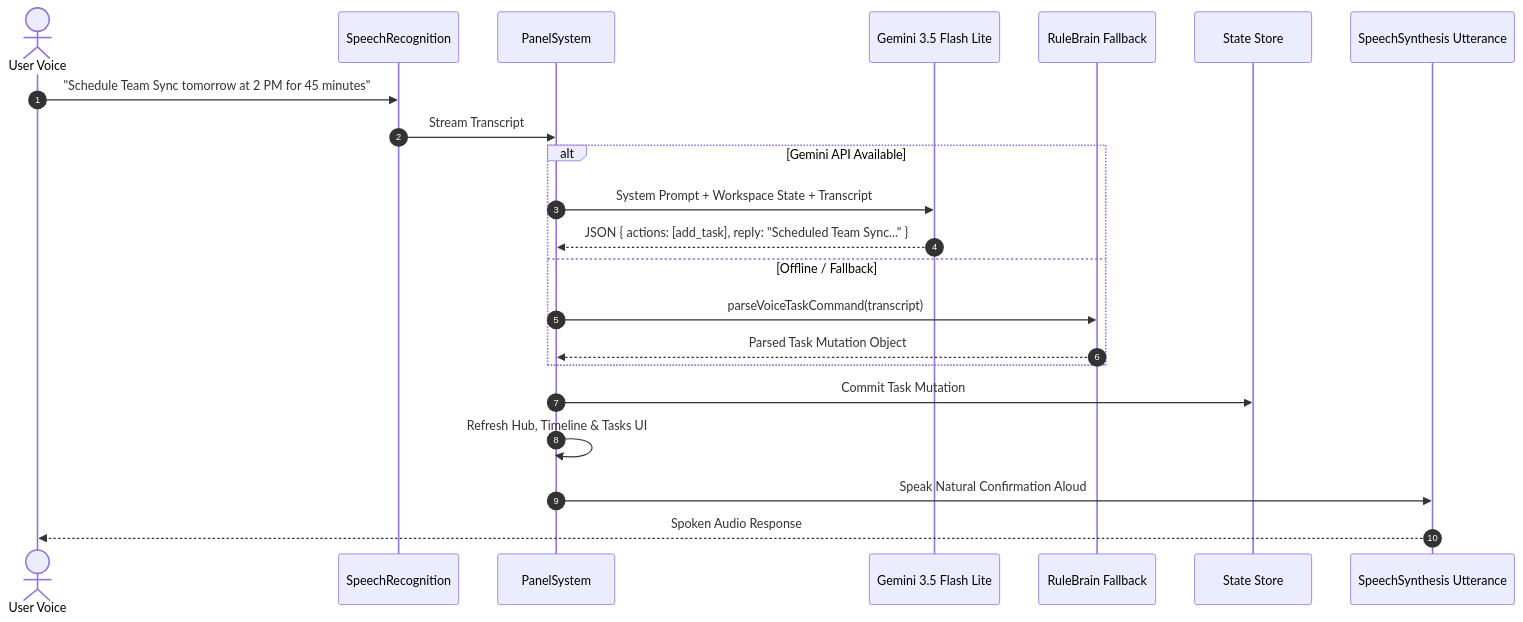
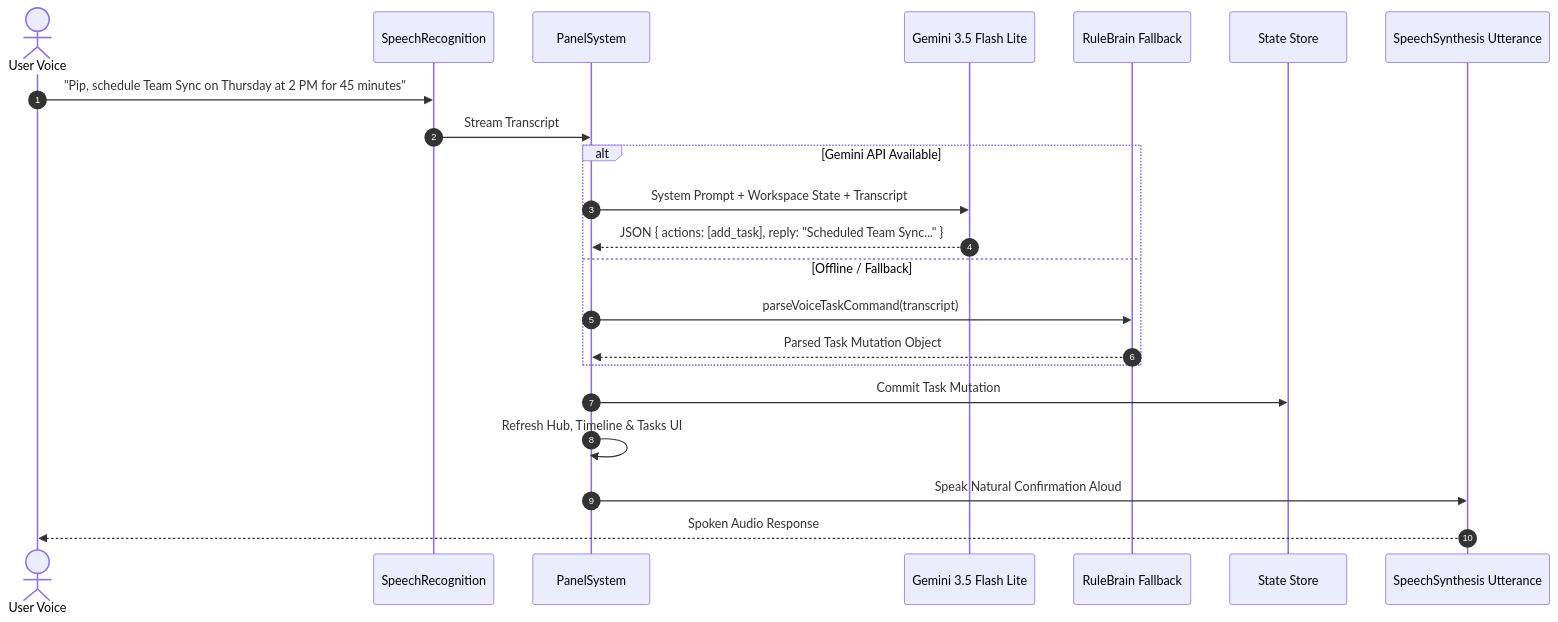
One commit to Madhavan20906/Deskmate changed the third of 3 diagrams in README.md. Above: the diagram before and after it, drawn with Mermaid. The commit also changed other lines of this file and 4 other files, not shown here.

Commit message:
feat: polish spatial ergonomics, hands-first default, timeline positioning, and Focus Studio controls

````diff
--- a/README.md
+++ b/README.md
@@ -177,25 +196,25 @@
 ```mermaid
 sequenceDiagram
     autonumber
     actor User as User Voice
     participant Mic as SpeechRecognition
     participant Panel as PanelSystem
     participant Cloud as Gemini 3.5 Flash Lite
     participant Brain as RuleBrain Fallback
     participant Store as State Store
     participant TTS as SpeechSynthesis Utterance
 
-    User->>Mic: "Schedule Team Sync tomorrow at 2 PM for 45 minutes"
+    User->>Mic: "Pip, schedule Team Sync on Thursday at 2 PM for 45 minutes"
     Mic->>Panel: Stream Transcript
     alt Gemini API Available
         Panel->>Cloud: System Prompt + Workspace State + Transcript
         Cloud-->>Panel: JSON { actions: [add_task], reply: "Scheduled Team Sync..." }
     else Offline / Fallback
         Panel->>Brain: parseVoiceTaskCommand(transcript)
         Brain-->>Panel: Parsed Task Mutation Object
     end
     Panel->>Store: Commit Task Mutation
     Panel->>Panel: Refresh Hub, Timeline & Tasks UI
     Panel->>TTS: Speak Natural Confirmation Aloud
     TTS-->>User: Spoken Audio Response
 ```
````
